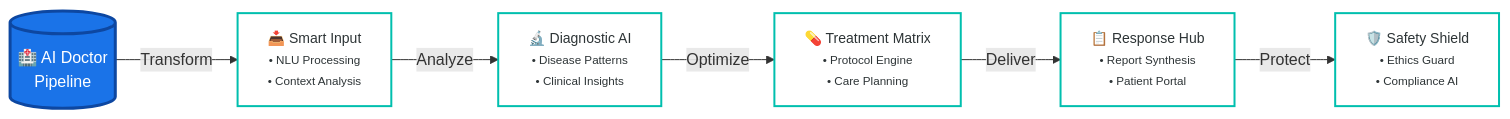
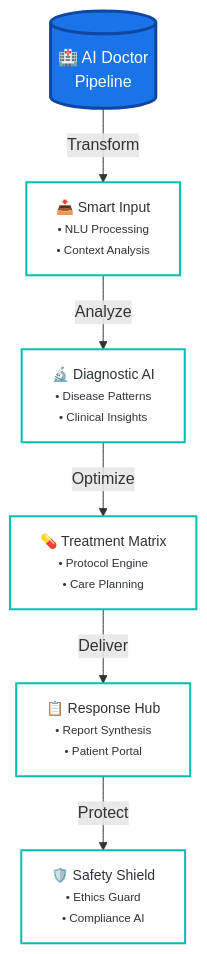
Before and after one commit to Blacksujit/Health-Summerize-AI: the second of 2 diagrams in README.md, drawn with Mermaid.

Commit message:
added arcitect.  diagram✅✅

````diff
--- a/README.md
+++ b/README.md
@@ -311,35 +311,35 @@
 ```mermaid
-graph LR
+graph TB
     %% Main Title
     A[("🏥 AI Doctor<br>Pipeline")]
     
     %% Smart Input Processing
     B["📥 Smart Input<br><small>• NLU Processing<br>• Context Analysis</small>"]
     
     %% Diagnostic Intelligence
     C["🔬 Diagnostic AI<br><small>• Disease Patterns<br>• Clinical Insights</small>"]
     
     %% Treatment Innovation
     D["💊 Treatment Matrix<br><small>• Protocol Engine<br>• Care Planning</small>"]
     
     %% Response Orchestration
     E["📋 Response Hub<br><small>• Report Synthesis<br>• Patient Portal</small>"]
     
     %% Safety Guardian
     F["🛡️ Safety Shield<br><small>• Ethics Guard<br>• Compliance AI</small>"]
 
     %% Innovative Flow
     A --> |"Transform"| B
     B --> |"Analyze"| C
     C --> |"Optimize"| D
     D --> |"Deliver"| E
     E --> |"Protect"| F
     
     %% Modern Styling
     classDef mainNode fill:#1a73e8,stroke:#0d47a1,stroke-width:3px,color:#fff,font-size:16px,text-align:center,rx:50
     classDef moduleNode fill:none,stroke:#00bfae,stroke-width:2px,color:#2d3436,font-size:14px
     classDef flowLabel color:#2d3436,font-size:12px
     
     class A mainNode
     class B,C,D,E,F moduleNode
 ```
````
